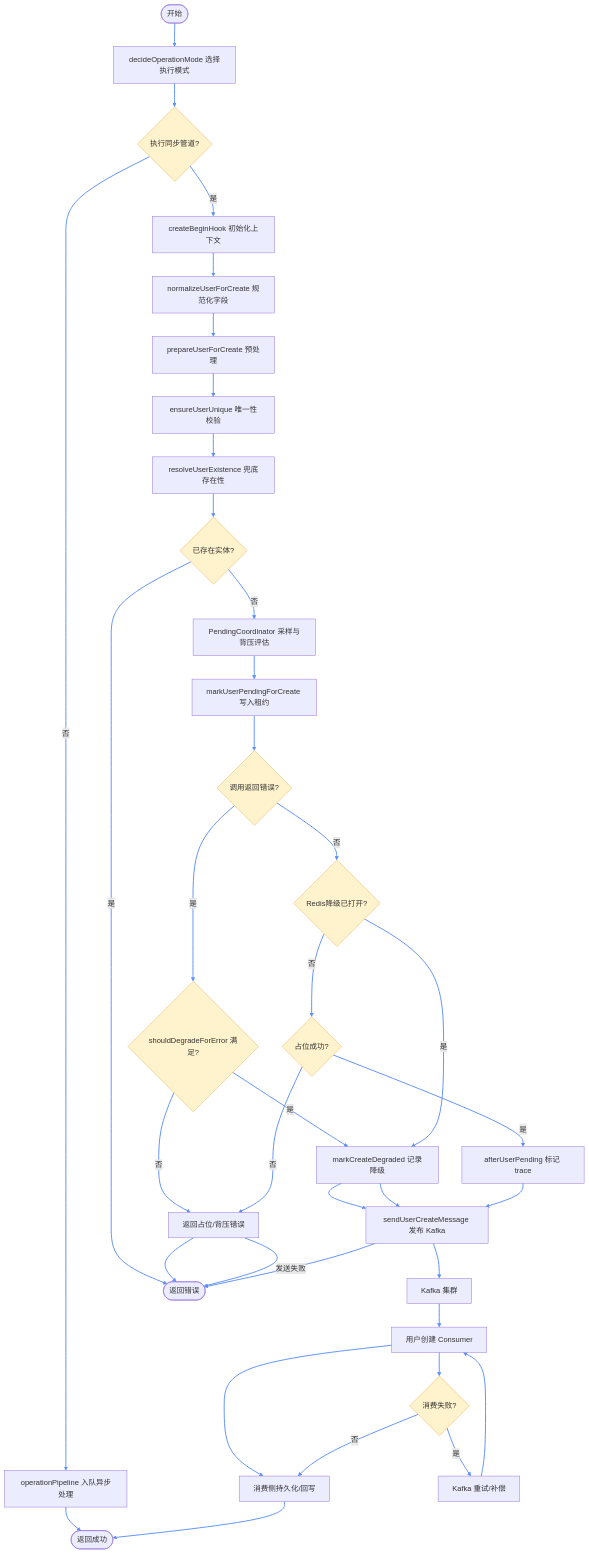
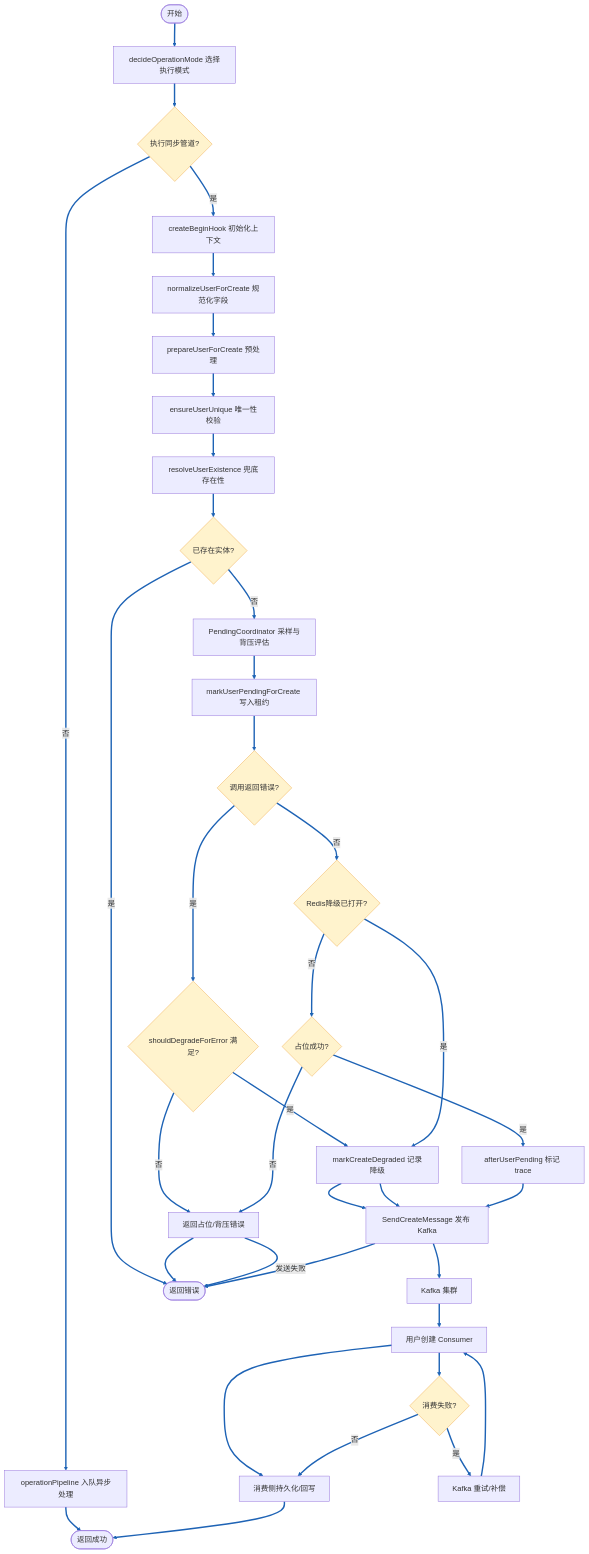
The second of 11 diagrams in doc/create_api_analysis.md (maxiaolu197102/cdmp-mini), drawn with Mermaid before and after one commit. The commit also changed other lines of this file and 32 other files, not shown here.

````diff
--- a/doc/create_api_analysis.md
+++ b/doc/create_api_analysis.md
@@ -76,52 +79,54 @@
 ```mermaid
+%%{init: {'themeVariables': {'lineColor': '#1E63B5', 'flowchartLinkColor': '#1E63B5', 'lineWidth': 3}}}%%
 flowchart TD
     Start([开始])
     Mode["decideOperationMode 选择执行模式"]
     ModeSync{"执行同步管道?"}
     Queue["operationPipeline 入队异步处理"]
     Begin["createBeginHook 初始化上下文"]
     Normalize["normalizeUserForCreate 规范化字段"]
     Prepare["prepareUserForCreate 预处理"]
     Ensure["ensureUserUnique 唯一性校验"]
     Resolve["resolveUserExistence 兜底存在性"]
     Existing{"已存在实体?"}
     Backpressure["PendingCoordinator 采样与背压评估"]
     Acquire["markUserPendingForCreate 写入租约"]
     AcquireErr{"调用返回错误?"}
     Degradeable{"shouldDegradeForError 满足?"}
     SkipDegrade{"Redis降级已打开?"}
     DegradeTrace["markCreateDegraded 记录降级"]
     AcquireOk{"占位成功?"}
     LeaseError["返回占位/背压错误"]
     AfterPending["afterUserPending 标记 trace"]
-    Produce["sendUserCreateMessage 发布 Kafka"]
+    Produce["SendCreateMessage 发布 Kafka"]
     Broker["Kafka 集群"]
     Consume["用户创建 Consumer"]
     ConsumerPersist["消费侧持久化/回写"]
     ConsumerFail{"消费失败?"}
     Retry["Kafka 重试/补偿"]
     Respond([返回成功])
     Fail([返回错误])
+
+    linkStyle default stroke:#1E63B5,stroke-width:3px
 
     Start --> Mode --> ModeSync
     ModeSync -- 否 --> Queue --> Respond
     ModeSync -- 是 --> Begin --> Normalize --> Prepare --> Ensure --> Resolve --> Existing
     Existing -- 是 --> Fail
     Existing -- 否 --> Backpressure --> Acquire --> AcquireErr
     AcquireErr -- 是 --> Degradeable
     Degradeable -- 是 --> DegradeTrace --> Produce
     Degradeable -- 否 --> LeaseError --> Fail
     AcquireErr -- 否 --> SkipDegrade
     SkipDegrade -- 是 --> DegradeTrace --> Produce
     SkipDegrade -- 否 --> AcquireOk
     AcquireOk -- 否 --> LeaseError --> Fail
     AcquireOk -- 是 --> AfterPending --> Produce --> Broker --> Consume --> ConsumerPersist --> Respond
     Produce -->|发送失败| Fail
     Consume --> ConsumerFail
     ConsumerFail -- 是 --> Retry --> Consume
     ConsumerFail -- 否 --> ConsumerPersist
 
-    linkStyle default stroke:#5B8FF9,stroke-width:2px
     classDef decision fill:#fff3cd,stroke:#f0ad4e,stroke-width:1px
     class ModeSync,Existing,AcquireErr,Degradeable,SkipDegrade,AcquireOk,ConsumerFail decision
 ```
````
